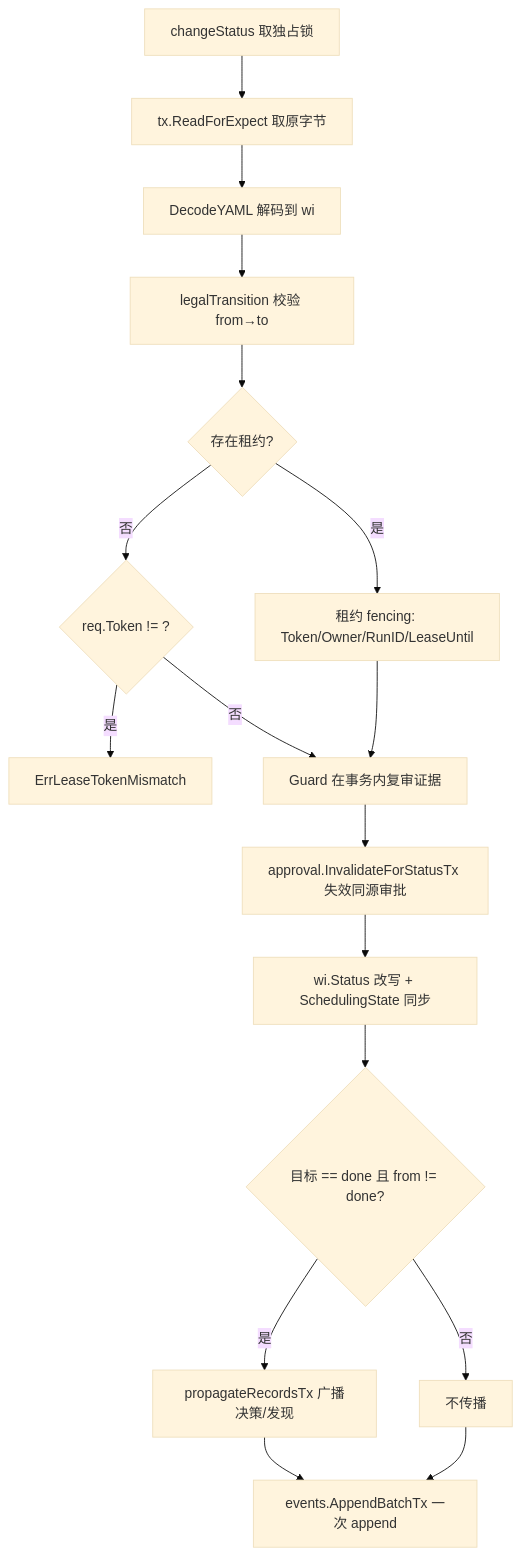
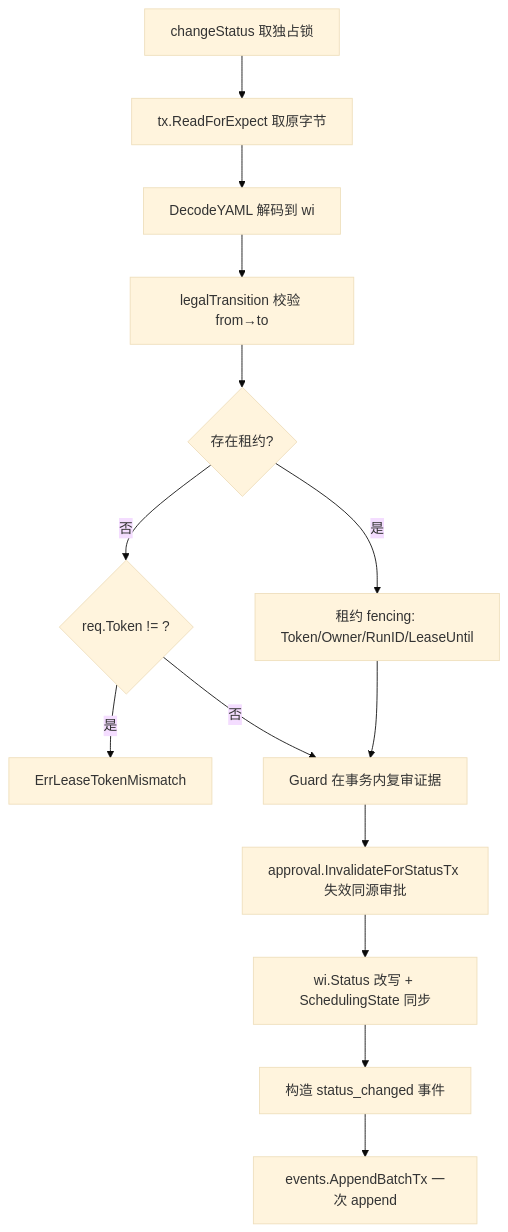
One commit to JAYY513/Workloom changed the diagram in docs/repowiki/knowledge/可靠文本存储/状态机与调度.md. Above: the diagram before and after it, drawn with Mermaid (base theme). The commit also changed other lines of this file and 49 other files, not shown here.

````diff
--- a/docs/repowiki/knowledge/可靠文本存储/状态机与调度.md
+++ b/docs/repowiki/knowledge/可靠文本存储/状态机与调度.md
@@ -93,19 +107,16 @@
 ```mermaid
 flowchart TD
     A[changeStatus 取独占锁] --> B[tx.ReadForExpect 取原字节]
     B --> C[DecodeYAML 解码到 wi]
     C --> D[legalTransition 校验 from→to]
     D --> E{存在租约?}
     E -- 是 --> F[租约 fencing: Token/Owner/RunID/LeaseUntil]
     E -- 否 --> G{req.Token != ""?}
     G -- 是 --> H[ErrLeaseTokenMismatch]
     G -- 否 --> I[Guard 在事务内复审证据]
     F --> I
     I --> J[approval.InvalidateForStatusTx 失效同源审批]
     J --> K[wi.Status 改写 + SchedulingState 同步]
-    K --> L{目标 == done 且 from != done?}
-    L -- 是 --> M[propagateRecordsTx 广播决策/发现]
-    L -- 否 --> N[不传播]
-    M --> O[events.AppendBatchTx 一次 append]
-    N --> O
+    K --> L[构造 status_changed 事件]
+    L --> O[events.AppendBatchTx 一次 append]
 ```
````
